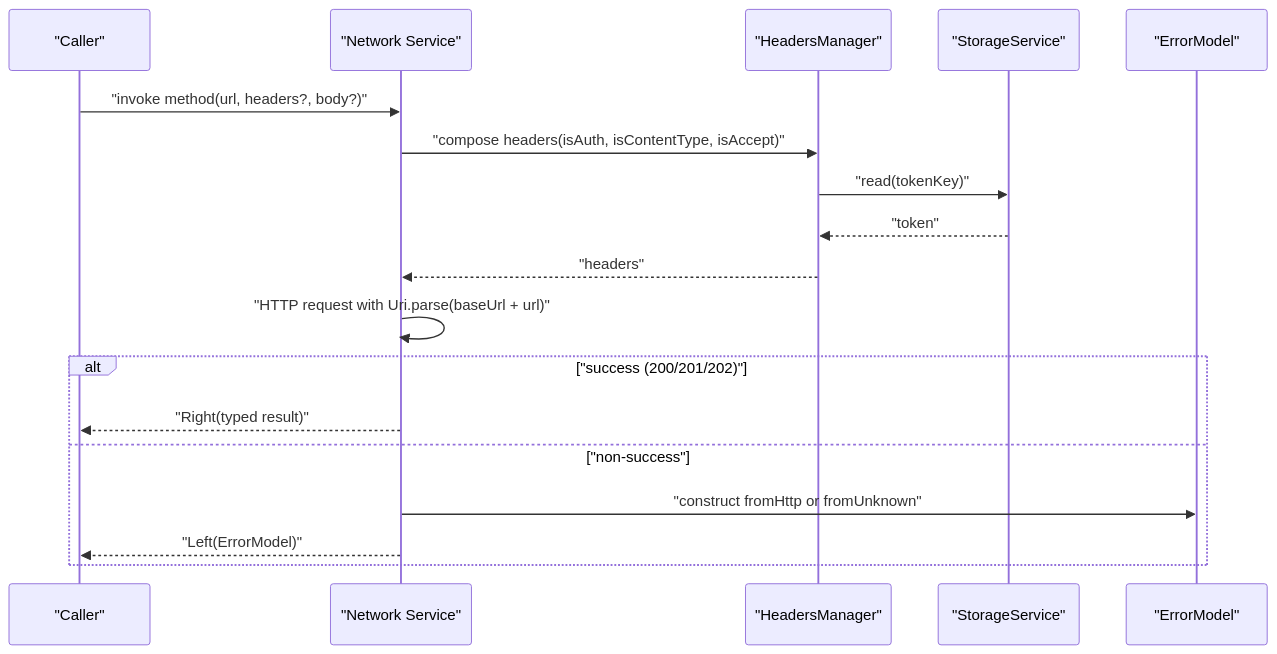
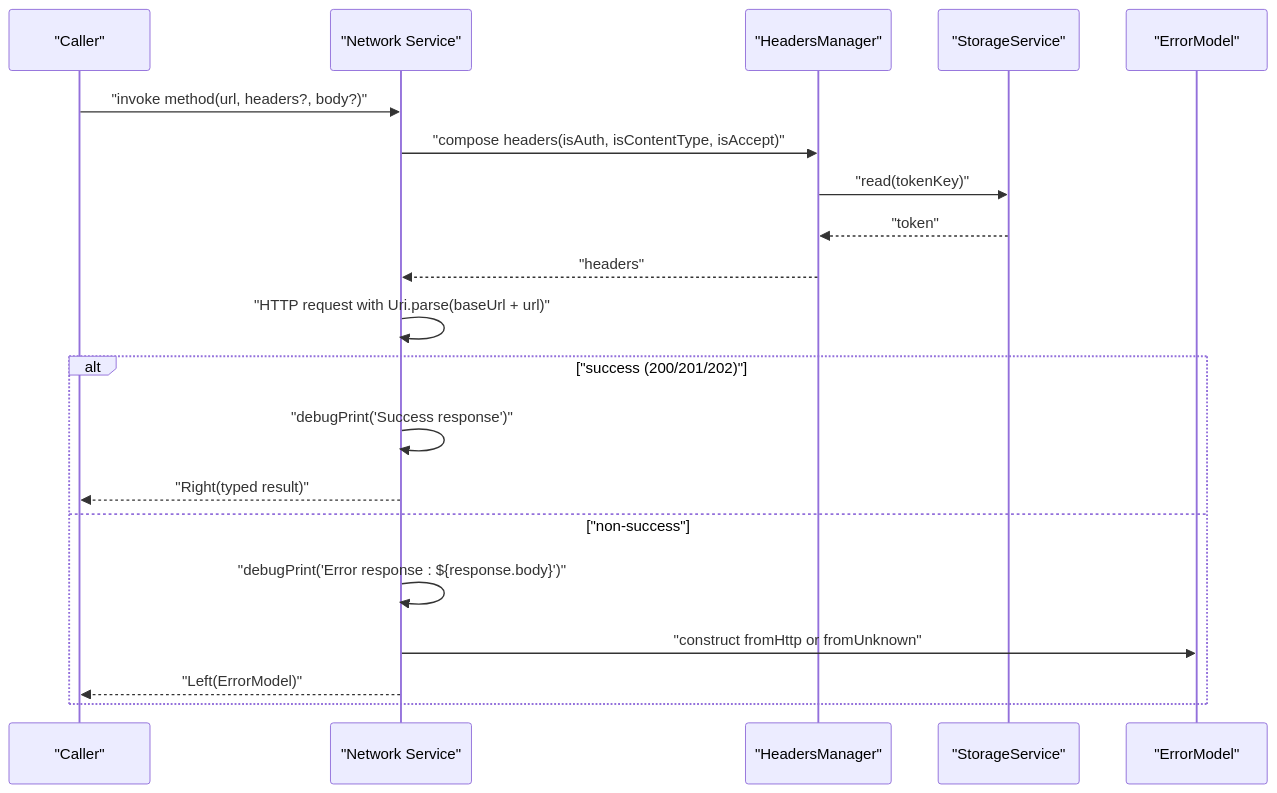
Before and after one commit to Ariful3111/FurniGo: the fourth of 10 diagrams in .qoder/repowiki/en/content/Architecture Overview/Data Layer Architecture.md, drawn with Mermaid. The commit also changed other lines of this file and 8 other files, not shown here.

````diff
--- a/.qoder/repowiki/en/content/Architecture Overview/Data Layer Architecture.md
+++ b/.qoder/repowiki/en/content/Architecture Overview/Data Layer Architecture.md
@@ -267,20 +299,22 @@
 ```mermaid
 sequenceDiagram
 participant C as "Caller"
 participant N as "Network Service"
 participant H as "HeadersManager"
 participant S as "StorageService"
 participant E as "ErrorModel"
 C->>N : "invoke method(url, headers?, body?)"
 N->>H : "compose headers(isAuth, isContentType, isAccept)"
 H->>S : "read(tokenKey)"
 S-->>H : "token"
 H-->>N : "headers"
 N->>N : "HTTP request with Uri.parse(baseUrl + url)"
 alt "success (200/201/202)"
+N->>N : "debugPrint('Success response')"
 N-->>C : "Right(typed result)"
 else "non-success"
+N->>N : "debugPrint('Error response : ${response.body}')"
 N->>E : "construct fromHttp or fromUnknown"
 N-->>C : "Left(ErrorModel)"
 end
 ```
````
